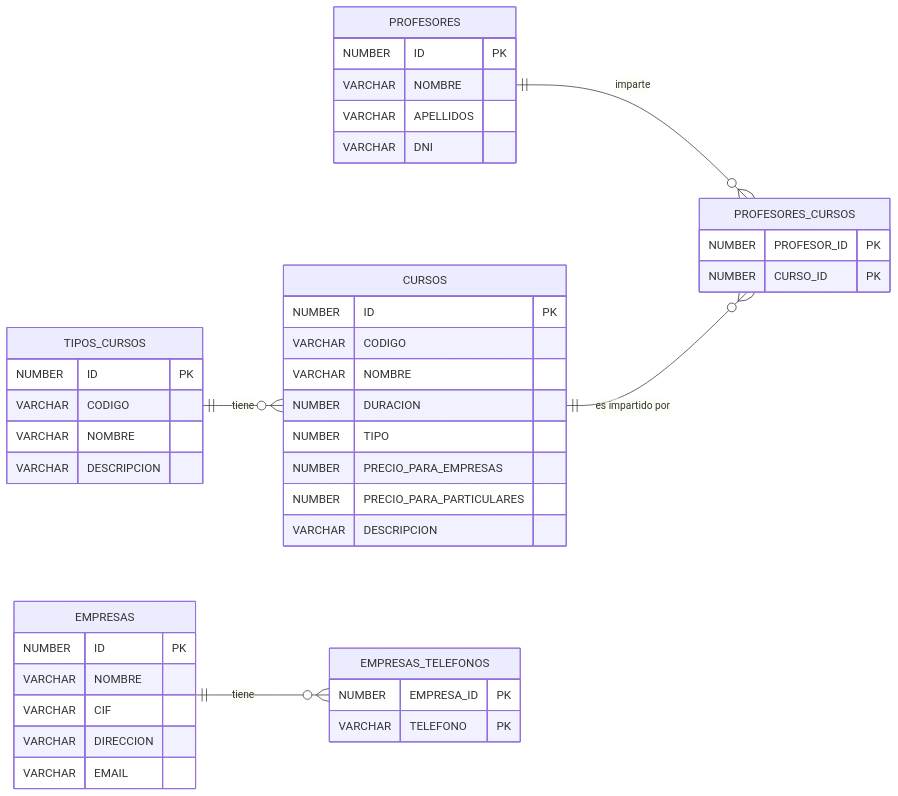
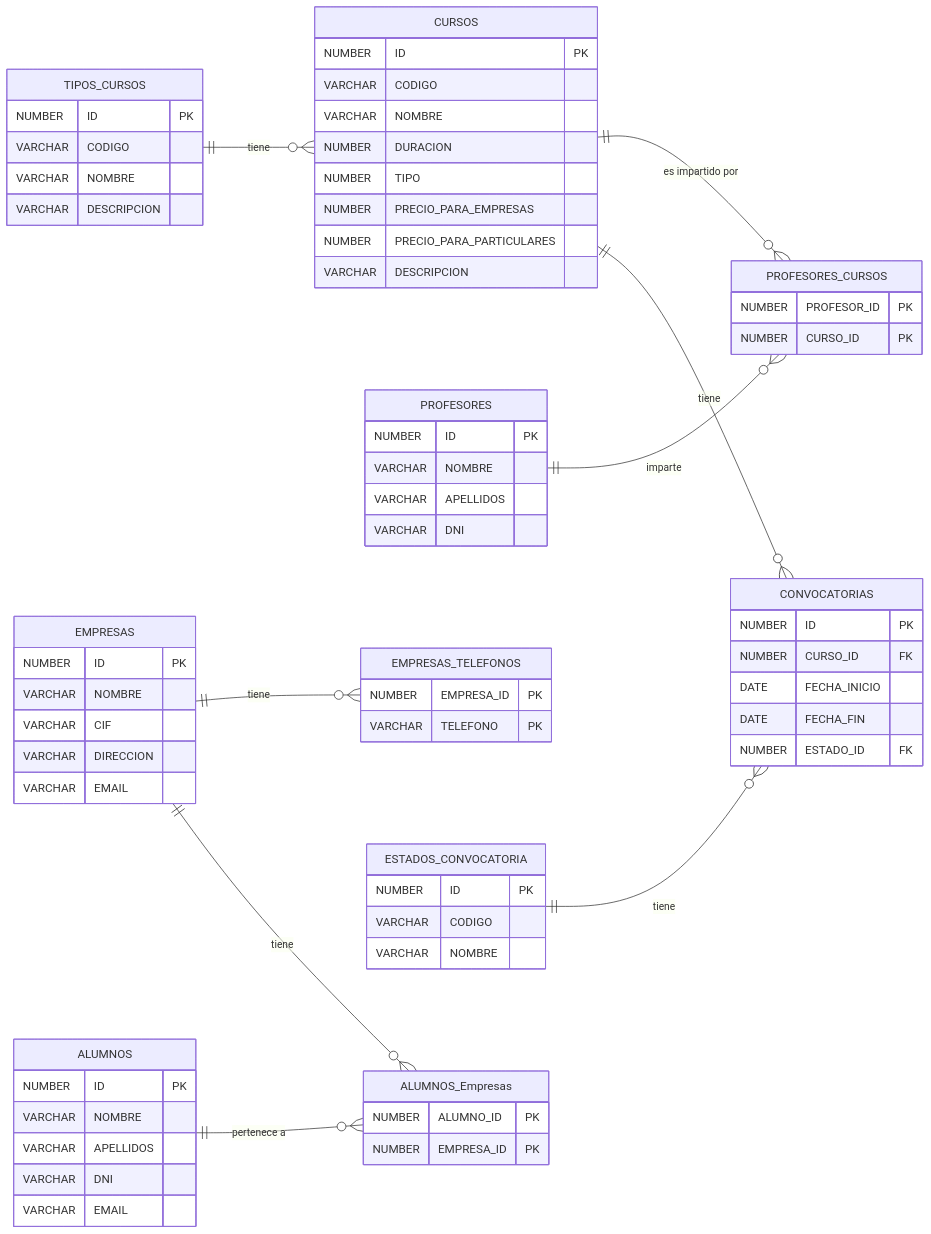
Before and after one commit to IvanciniGT/formacionPLSQL: the diagram in notas/dia2.md, drawn with Mermaid. The commit also changed other lines of this file and 2 other files, not shown here.

Commit message:
formatos números dni

````diff
--- a/notas/dia2.md
+++ b/notas/dia2.md
@@ -117,4 +117,37 @@
         VARCHAR TELEFONO PK
     }
     EMPRESAS ||--o{ EMPRESAS_TELEFONOS : "tiene"
+
+    ESTADOS_CONVOCATORIA {
+        NUMBER ID PK
+        VARCHAR CODIGO
+        VARCHAR NOMBRE
+    }
+
+    CONVOCATORIAS {
+        NUMBER ID PK
+        NUMBER CURSO_ID FK
+        DATE FECHA_INICIO
+        DATE FECHA_FIN
+        NUMBER ESTADO_ID FK
+    }
+
+    ESTADOS_CONVOCATORIA ||--o{ CONVOCATORIAS : "tiene"
+    CURSOS ||--o{ CONVOCATORIAS : "tiene"
+
+    ALUMNOS {
+        NUMBER ID PK
+        VARCHAR NOMBRE
+        VARCHAR APELLIDOS
+        VARCHAR DNI
+        VARCHAR EMAIL
+    }
+
+    ALUMNOS_Empresas {
+        NUMBER ALUMNO_ID PK
+        NUMBER EMPRESA_ID PK
+    }
+
+    ALUMNOS ||--o{ ALUMNOS_Empresas : "pertenece a"
+    EMPRESAS ||--o{ ALUMNOS_Empresas : "tiene"
 ```
````
